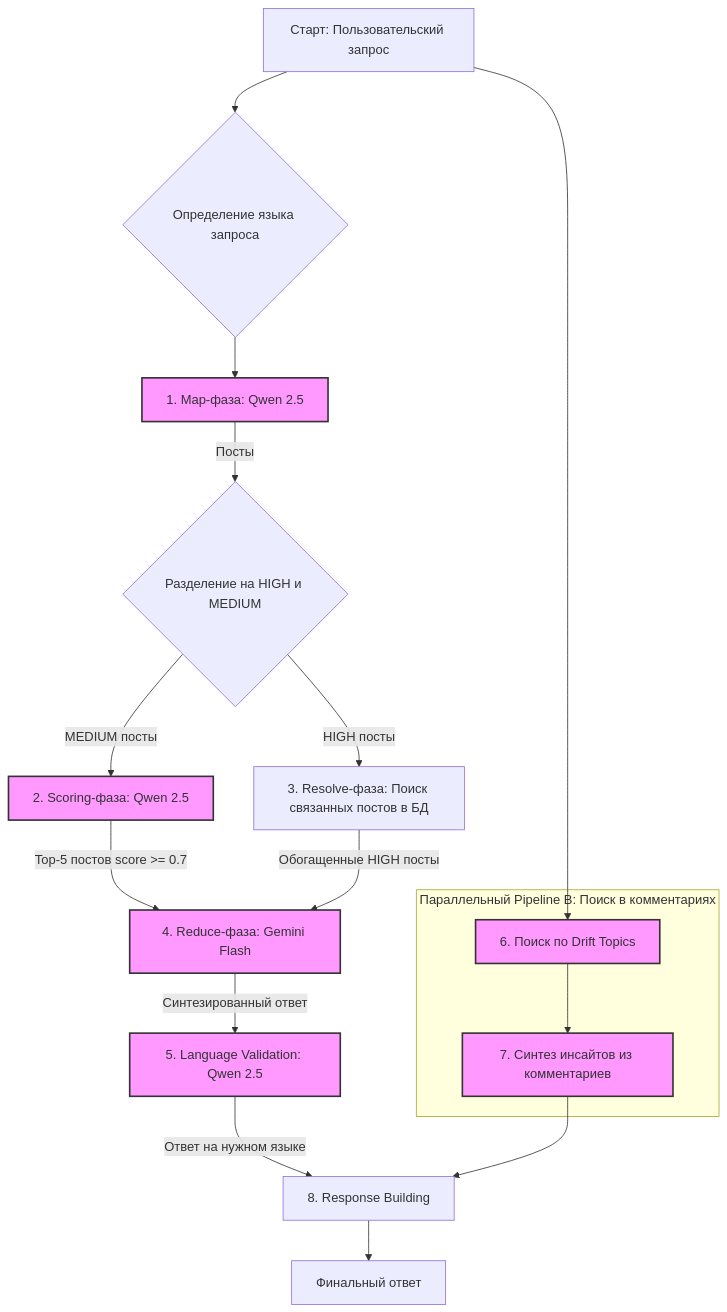
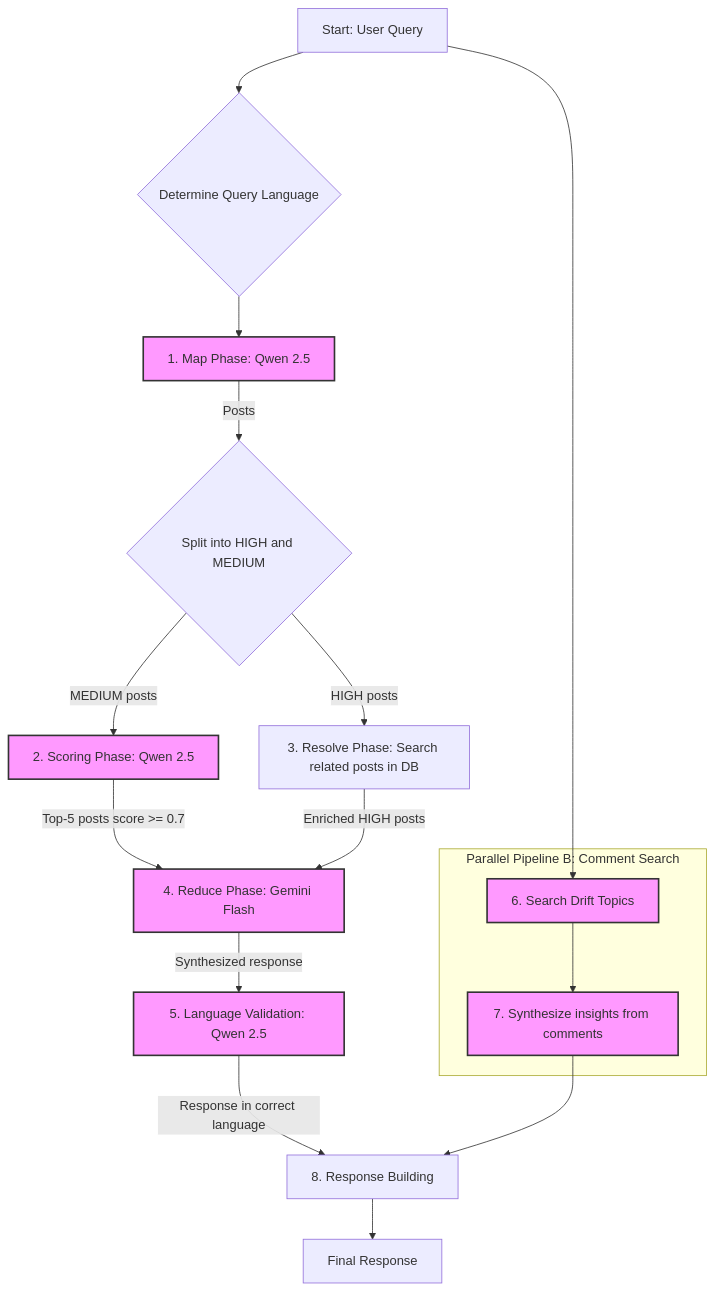
Before and after one commit to shao3d/Experts_panel: the second of 5 diagrams in README.md, drawn with Mermaid. The commit also changed other lines of this file, not shown here.

First line of the commit message:
feat: Translate README and all Mermaid diagrams from Russian to English

````diff
--- a/README.md
+++ b/README.md
@@ -45,24 +45,24 @@
 ```mermaid
 graph TD
-    A[Старт: Пользовательский запрос] --> B{Определение языка запроса}
-    B --> C[1. Map-фаза: Qwen 2.5]
-    C -- "Посты" --> D{Разделение на HIGH и MEDIUM}
-    D -- "HIGH посты" --> E[3. Resolve-фаза: Поиск связанных постов в БД]
-    D -- "MEDIUM посты" --> F[2. Scoring-фаза: Qwen 2.5]
-    F -- "Top-5 постов score >= 0.7" --> G[4. Reduce-фаза: Gemini Flash]
-    E -- "Обогащенные HIGH посты" --> G
-    G -- "Синтезированный ответ" --> H[5. Language Validation: Qwen 2.5]
-    H -- "Ответ на нужном языке" --> I{Сборка финального ответа}
+    A[Start: User Query] --> B{Determine Query Language}
+    B --> C[1. Map Phase: Qwen 2.5]
+    C -- "Posts" --> D{Split into HIGH and MEDIUM}
+    D -- "HIGH posts" --> E[3. Resolve Phase: Search related posts in DB]
+    D -- "MEDIUM posts" --> F[2. Scoring Phase: Qwen 2.5]
+    F -- "Top-5 posts score >= 0.7" --> G[4. Reduce Phase: Gemini Flash]
+    E -- "Enriched HIGH posts" --> G
+    G -- "Synthesized response" --> H[5. Language Validation: Qwen 2.5]
+    H -- "Response in correct language" --> I{Assemble Final Response}
 
-    subgraph "Параллельный Pipeline B: Поиск в комментариях"
-        J[6. Поиск по Drift Topics] --> K[7. Синтез инсайтов из комментариев]
+    subgraph "Parallel Pipeline B: Comment Search"
+        J[6. Search Drift Topics] --> K[7. Synthesize insights from comments]
     end
 
     A --> J
     K --> I[8. Response Building]
 
-    I --> L[Финальный ответ]
+    I --> L[Final Response]
 
     classDef llm_step fill:#f9f,stroke:#333,stroke-width:2px
     class C,F,G,H,J,K llm_step
 ```
````
